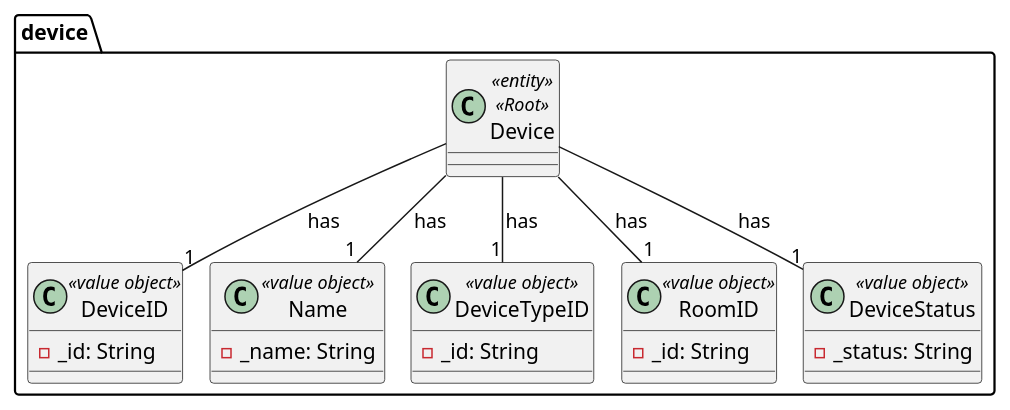
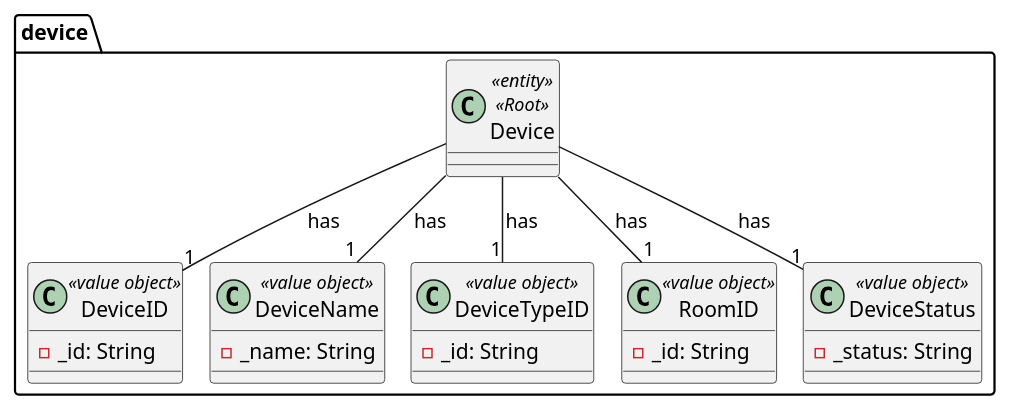
One commit to olivDiogo/SmartHome changed the diagram in docs/ooa/4.agreggateModels/Device.puml. Above: the diagram before and after it, drawn with PlantUML. The commit also changed 18 other files, not shown here.

Commit message:
fix: minor correction to the aggregate diagrams - closes #346

```diff
--- a/docs/ooa/4.agreggateModels/Device.puml
+++ b/docs/ooa/4.agreggateModels/Device.puml
@@ -1,30 +1,30 @@
 @startuml
 !pragma layout smetana
 
 package device {
 class Device <<entity>><<Root>>{
     }
 
     class DeviceID<<value object>>{
         - _id: String
     }
-    class Name<<value object>>{
+    class DeviceName<<value object>>{
         - _name: String
     }
     class DeviceTypeID<<value object>>{
         - _id: String
     }
     class RoomID<<value object>>{
         - _id: String
     }
     class DeviceStatus<<value object>>{
         - _status: String
     }
 }
 
 Device  -- "1" DeviceID : has
-Device  -- "1" Name : has
+Device  -- "1" DeviceName : has
 Device  -- "1" DeviceTypeID : has
 Device  -- "1" RoomID : has
 Device  -- "1" DeviceStatus : has
 @enduml
```
